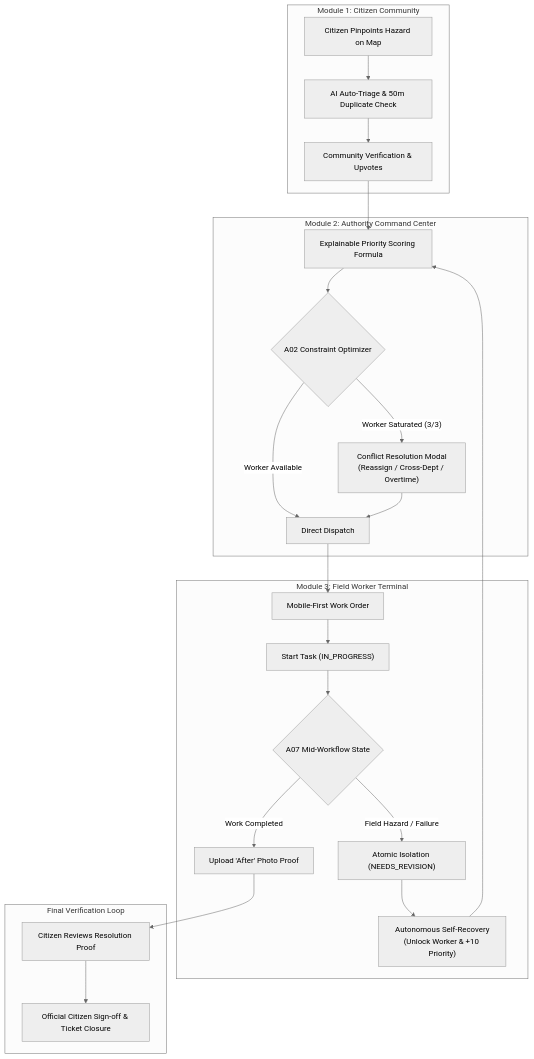
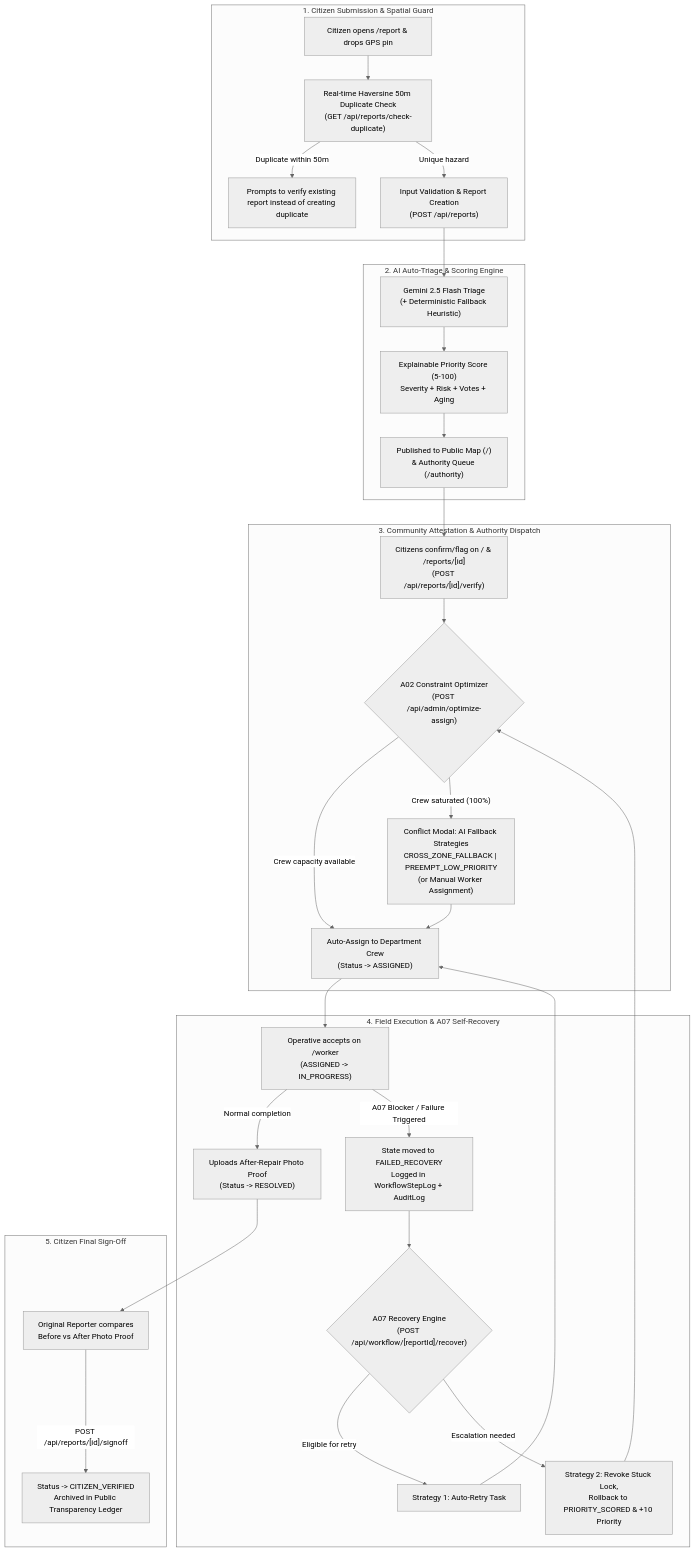
One commit to MdSadiarRahman/StreetWatch changed the diagram in README.md. Above: the diagram before and after it, drawn with Mermaid (neutral theme). The commit also changed other lines of this file, not shown here.

Commit message:
docs: rewrite README with full system architecture, portal guide & sanitized security overview

````diff
--- a/README.md
+++ b/README.md
@@ -29,30 +61,38 @@
 ```mermaid
 flowchart TD
-    subgraph Module1["Module 1: Citizen Community"]
-        A["Citizen Pinpoints Hazard on Map"] --> B["AI Auto-Triage & 50m Duplicate Check"]
-        B --> C["Community Verification & Upvotes"]
+    subgraph Stage1["1. Citizen Submission & Spatial Guard"]
+        A["Citizen opens /report & drops GPS pin"] --> B["Real-time Haversine 50m Duplicate Check\n(GET /api/reports/check-duplicate)"]
+        B -->|"Duplicate within 50m"| B1["Prompts to verify existing report instead of creating duplicate"]
+        B -->|"Unique hazard"| C["Input Validation & Report Creation\n(POST /api/reports)"]
     end
 
-    subgraph Module2["Module 2: Authority Command Center"]
-        C --> D["Explainable Priority Scoring Formula"]
-        D --> E{"A02 Constraint Optimizer"}
-        E -->|"Worker Available"| F["Direct Dispatch"]
-        E -->|"Worker Saturated (3/3)"| G["Conflict Resolution Modal<br/>(Reassign / Cross-Dept / Overtime)"]
-        G --> F
+    subgraph Stage2["2. AI Auto-Triage & Scoring Engine"]
+        C --> D["Gemini 2.5 Flash Triage\n(+ Deterministic Fallback Heuristic)"]
+        D --> E["Explainable Priority Score (5-100)\nSeverity + Risk + Votes + Aging"]
+        E --> F["Published to Public Map (/)\n& Authority Queue (/authority)"]
     end
 
-    subgraph Module3["Module 3: Field Worker Terminal"]
-        F --> H["Mobile-First Work Order"]
-        H --> I["Start Task (IN_PROGRESS)"]
-        I --> J{"A07 Mid-Workflow State"}
-        J -->|"Field Hazard / Failure"| K["Atomic Isolation (NEEDS_REVISION)"]
-        K --> L["Autonomous Self-Recovery<br/>(Unlock Worker & +10 Priority)"]
-        L --> D
-        J -->|"Work Completed"| M["Upload 'After' Photo Proof"]
+    subgraph Stage3["3. Community Attestation & Authority Dispatch"]
+        F --> G["Citizens confirm/flag on / & /reports/[id]\n(POST /api/reports/[id]/verify)"]
+        G --> H{"A02 Constraint Optimizer\n(POST /api/admin/optimize-assign)"}
+        H -->|"Crew capacity available"| I["Auto-Assign to Department Crew\n(Status -> ASSIGNED)"]
+        H -->|"Crew saturated (100%)"| J["Conflict Modal: AI Fallback Strategies\nCROSS_ZONE_FALLBACK | PREEMPT_LOW_PRIORITY\n(or Manual Worker Assignment)"]
+        J --> I
     end
 
-    subgraph ClosingLoop["Final Verification Loop"]
-        M --> N["Citizen Reviews Resolution Proof"]
-        N --> O["Official Citizen Sign-off & Ticket Closure"]
+    subgraph Stage4["4. Field Execution & A07 Self-Recovery"]
+        I --> K["Operative accepts on /worker\n(ASSIGNED -> IN_PROGRESS)"]
+        K -->|"Normal completion"| L["Uploads After-Repair Photo Proof\n(Status -> RESOLVED)"]
+        K -->|"A07 Blocker / Failure Triggered"| M["State moved to FAILED_RECOVERY\nLogged in WorkflowStepLog + AuditLog"]
+        M --> N{"A07 Recovery Engine\n(POST /api/workflow/[reportId]/recover)"}
+        N -->|"Eligible for retry"| N1["Strategy 1: Auto-Retry Task"]
+        N -->|"Escalation needed"| N2["Strategy 2: Revoke Stuck Lock,\nRollback to PRIORITY_SCORED & +10 Priority"]
+        N1 --> I
+        N2 --> H
+    end
+
+    subgraph Stage5["5. Citizen Final Sign-Off"]
+        L --> O["Original Reporter compares\nBefore vs After Photo Proof"]
+        O -->|"POST /api/reports/[id]/signoff"| P["Status -> CITIZEN_VERIFIED\nArchived in Public Transparency Ledger"]
     end
 ```
````
